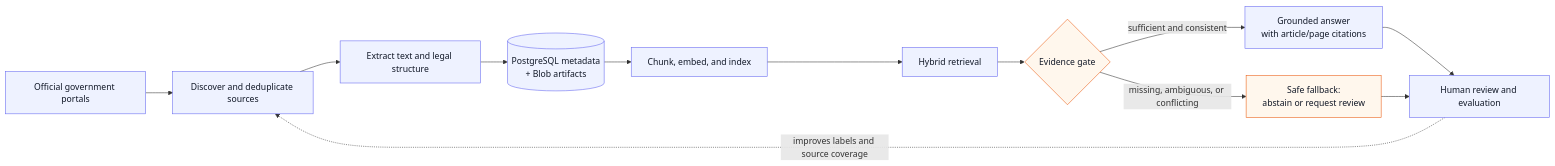
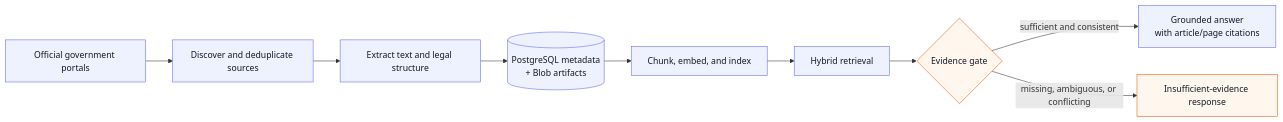
The first of 3 diagrams in README.md (thaitri2005/TaxLens-AI), drawn with Mermaid before and after one commit. The commit also changed other lines of this file and 6 other files, not shown here.

````diff
--- a/README.md
+++ b/README.md
@@ -44,24 +44,20 @@
 ```mermaid
 flowchart LR
     Source[Official government portals]
     Discover[Discover and deduplicate sources]
     Process[Extract text and legal structure]
     Store[(PostgreSQL metadata<br/>+ Blob artifacts)]
     Index[Chunk, embed, and index]
     Search[Hybrid retrieval]
     Evidence{Evidence gate}
     Answer[Grounded answer<br/>with article/page citations]
-    Review[Human review and evaluation]
 
     Source --> Discover --> Process --> Store --> Index --> Search --> Evidence
     Evidence -->|sufficient and consistent| Answer
-    Evidence -->|missing, ambiguous, or conflicting| Safe[Safe fallback:<br/>abstain or request review]
-    Answer --> Review
-    Safe --> Review
-    Review -. improves labels and source coverage .-> Discover
+    Evidence -->|missing, ambiguous, or conflicting| Safe[Insufficient-evidence response]
 
     classDef boundary fill:#eef2ff,stroke:#6366f1,color:#111827;
     classDef gate fill:#fff7ed,stroke:#ea580c,color:#111827;
-    class Source,Discover,Process,Store,Index,Search,Answer,Review boundary;
+    class Source,Discover,Process,Store,Index,Search,Answer boundary;
     class Evidence,Safe gate;
 ```
````
